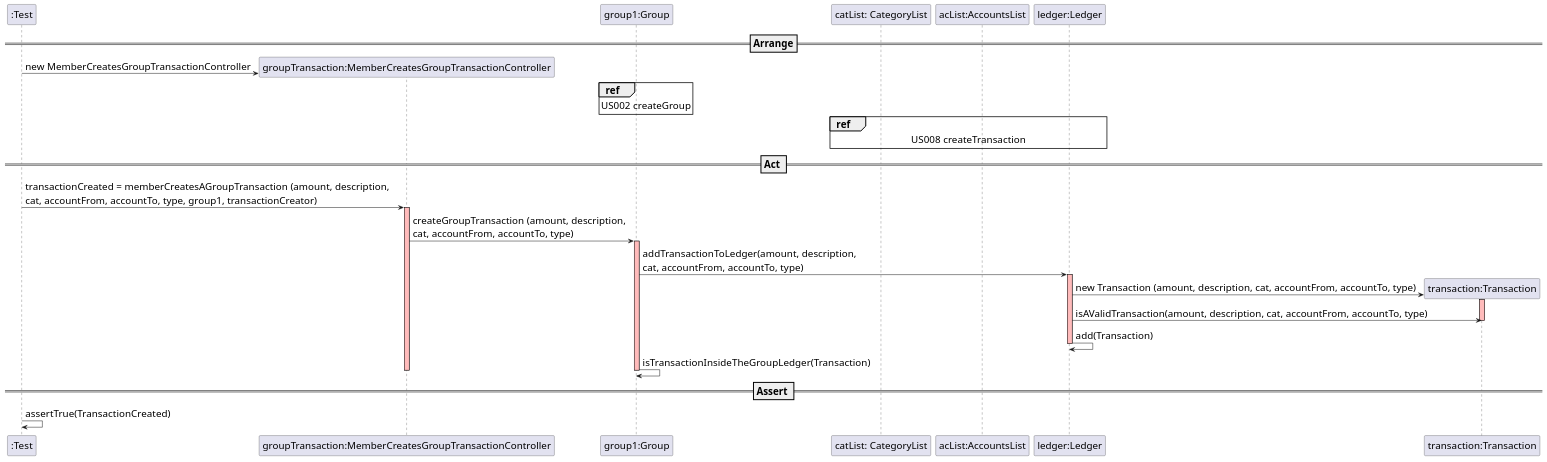
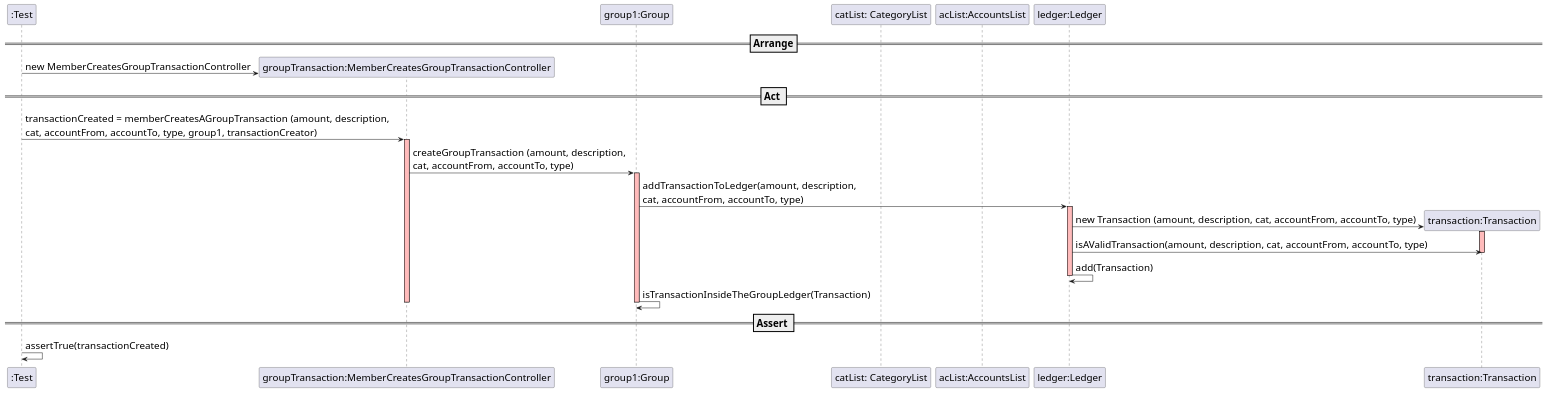
The diagram in docs/SequenceDiagram - US008.1.puml (mleitaoribeiro/DevOpsMaven), drawn with PlantUML before and after one commit. The commit also changed 1 other file, not shown here.

Commit message:
ref #372, ref #394

```diff
--- a/docs/SequenceDiagram - US008.1.puml
+++ b/docs/SequenceDiagram - US008.1.puml
@@ -1,54 +1,46 @@
 @startuml
 
 skinparam DefaultFontSize 20
 
 create ":Test"
 
 ==Arrange==
 create "groupTransaction:MemberCreatesGroupTransactionController"
 ":Test" -> "groupTransaction:MemberCreatesGroupTransactionController" : new MemberCreatesGroupTransactionController
 
 participant "group1:Group"
 participant "catList: CategoryList"
 participant "acList:AccountsList"
 participant "ledger:Ledger"
-
-ref over "group1:Group"
-    US002 createGroup
-end
-
-ref over "catList: CategoryList", "acList:AccountsList", "ledger:Ledger"
-    US008 createTransaction
-end
 
 == Act ==
 
 ":Test" -> "groupTransaction:MemberCreatesGroupTransactionController" : transactionCreated = memberCreatesAGroupTransaction (amount, description, \ncat, accountFrom, accountTo, type, group1, transactionCreator)
 activate "groupTransaction:MemberCreatesGroupTransactionController"  #FFBBBB
 
 "groupTransaction:MemberCreatesGroupTransactionController" -> "group1:Group" : createGroupTransaction (amount, description, \ncat, accountFrom, accountTo, type)
 activate "group1:Group"  #FFBBBB
 
 "group1:Group" -> "ledger:Ledger" : addTransactionToLedger(amount, description, \ncat, accountFrom, accountTo, type)
 activate "ledger:Ledger"  #FFBBBB
 
 create "transaction:Transaction"
 "ledger:Ledger" -> "transaction:Transaction" : new Transaction (amount, description, cat, accountFrom, accountTo, type)
 activate "transaction:Transaction"  #FFBBBB
 
 "ledger:Ledger" -> "transaction:Transaction" : isAValidTransaction(amount, description, cat, accountFrom, accountTo, type)
 deactivate "transaction:Transaction"  #FFBBBB
 
 "ledger:Ledger" -> "ledger:Ledger": add(Transaction)
 deactivate "ledger:Ledger"  #FFBBBB
 
 "group1:Group" -> "group1:Group" : isTransactionInsideTheGroupLedger(Transaction)
 
 deactivate "group1:Group"  #FFBBBB
 deactivate "groupTransaction:MemberCreatesGroupTransactionController" #FFBBBB
 
 == Assert ==
 
-":Test" -> ":Test" : assertTrue(TransactionCreated)
+":Test" -> ":Test" : assertTrue(transactionCreated)
 
 @enduml
```
